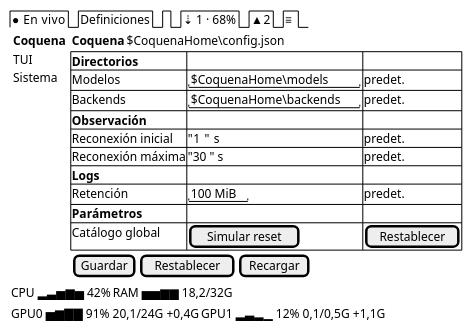
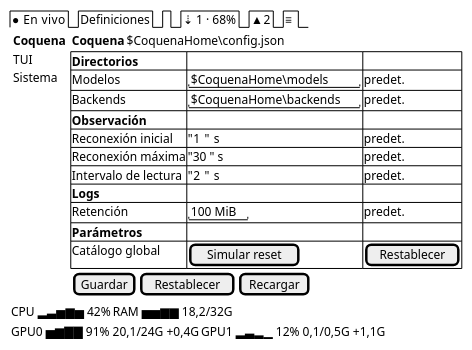
One commit to mstranich/coquena changed the diagram in docs/design/tui/E-configuracion-coquena.salt.puml. Above: the diagram before and after it, drawn with PlantUML. The commit also changed 24 other files, not shown here.

```diff
--- a/docs/design/tui/E-configuracion-coquena.salt.puml
+++ b/docs/design/tui/E-configuracion-coquena.salt.puml
@@ -1,31 +1,32 @@
 @startsalt
 {
   {/ ● En vivo | Definiciones | . | ⇣ 1 · 68% | ▲ 2 | <b>≡ }
   {
     {
     {
       <b>Coquena
       TUI
       Sistema
     }
     } | {
       { <b>Coquena | $CoquenaHome\config.json }
       {#
         <b>Directorios | . | .
         Modelos | "$CoquenaHome\models  " | predet.
         Backends | "$CoquenaHome\backends" | predet.
         <b>Observación | . | .
         Reconexión inicial | "1  " s | predet.
         Reconexión máxima | "30 " s | predet.
+        Intervalo de lectura | "2  " s | predet.
         <b>Logs | . | .
         Retención | "100 MiB" | predet.
         <b>Parámetros | . | .
         Catálogo global | [Simular reset] | [Restablecer]
       }
       { [Guardar] | [Restablecer] | [Recargar] }
     }
   }
   { CPU ▂▃▅▆▅ 42% | RAM ▅▅▆▆ 18,2/32G }
   { GPU0 ▅▆▇▇ 91% 20,1/24G +0,4G | GPU1 ▂▃▂▁ 12% 0,1/0,5G +1,1G }
 }
 @endsalt
```
